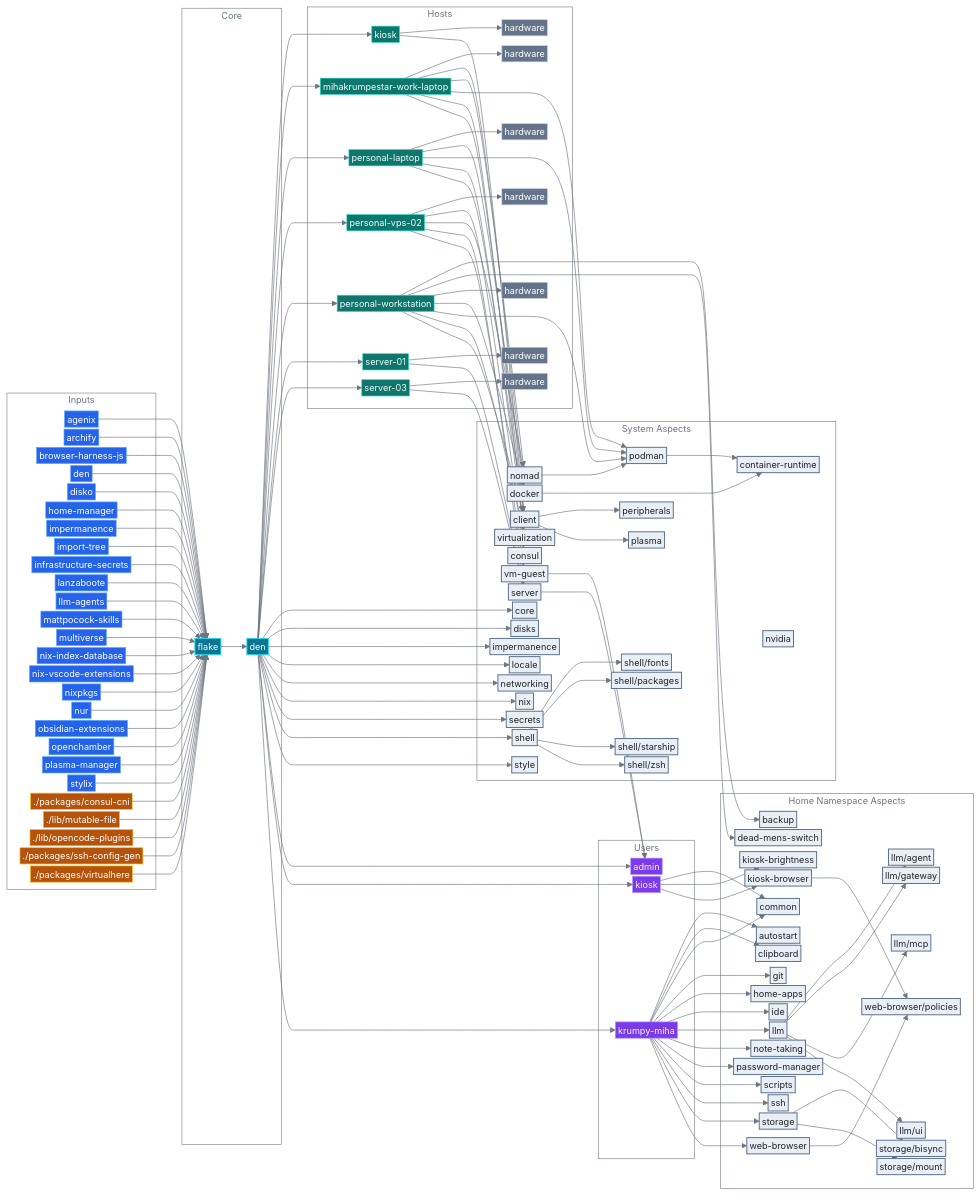
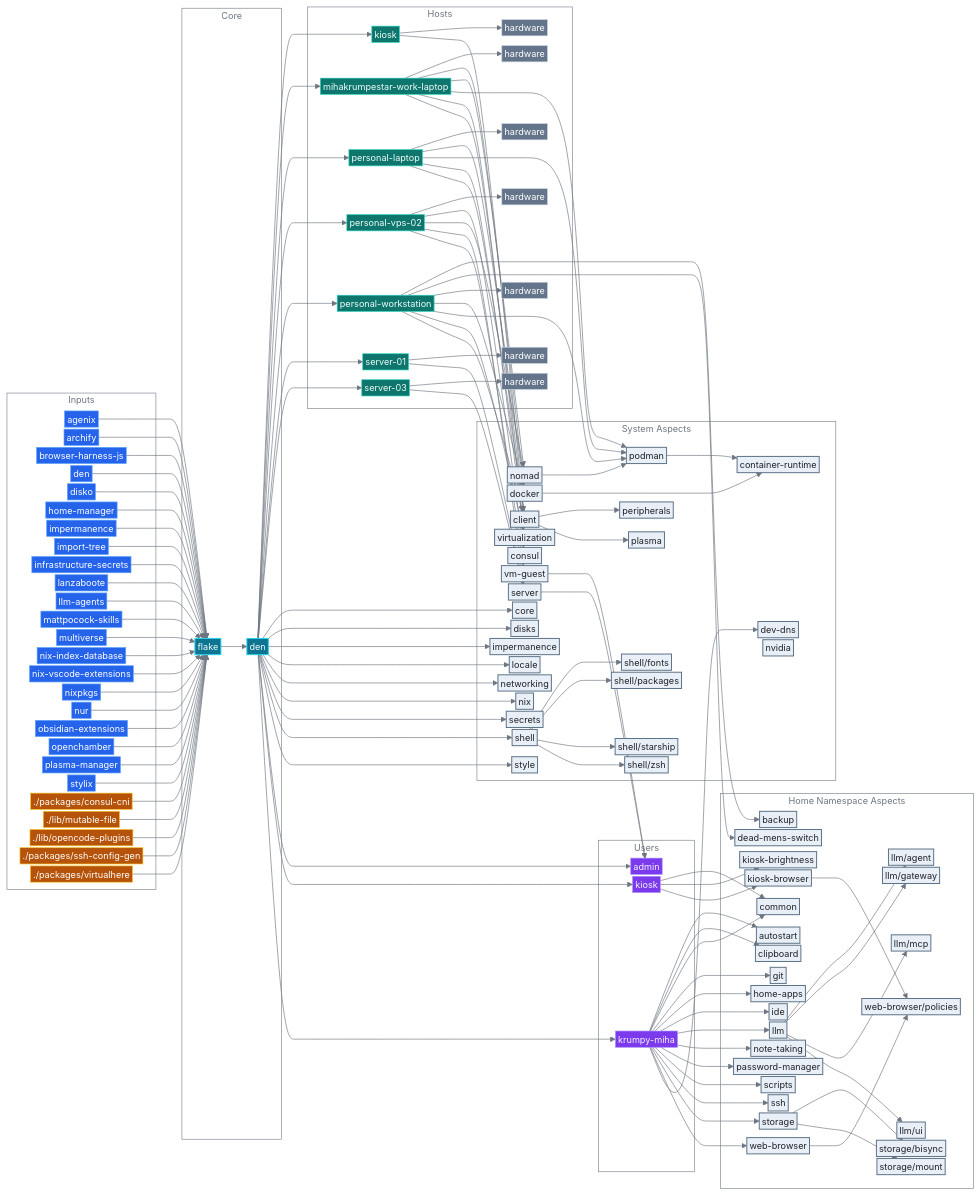
One commit to mihakrumpestar/infrastructure changed the diagram in README.md. Above: the diagram before and after it, drawn with Mermaid. The commit also changed other lines of this file and 5 other files, not shown here.

Commit message:
feat: add dev-dns

````diff
--- a/README.md
+++ b/README.md
@@ -181,6 +181,7 @@
         sys_style["style"]:::aspect
         opt_container_runtime["container-runtime"]:::aspect
         opt_consul["consul"]:::aspect
+        opt_dev_dns["dev-dns"]:::aspect
         opt_docker["docker"]:::aspect
         opt_nomad["nomad"]:::aspect
         opt_nvidia["nvidia"]:::aspect
@@ -354,5 +355,6 @@
     user_krumpy_miha --> home_ssh
     user_krumpy_miha --> home_storage
     user_krumpy_miha --> home_web_browser
+    user_krumpy_miha --> opt_dev_dns
 
 ```
````
